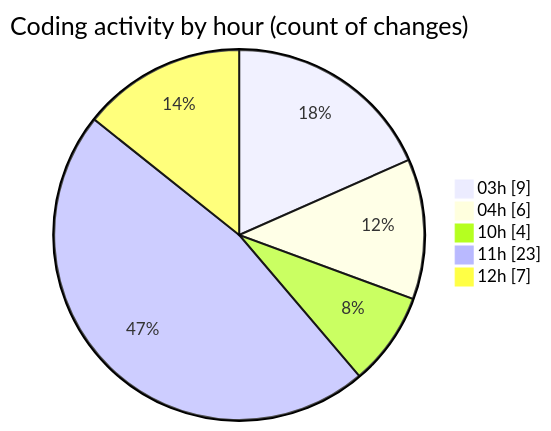
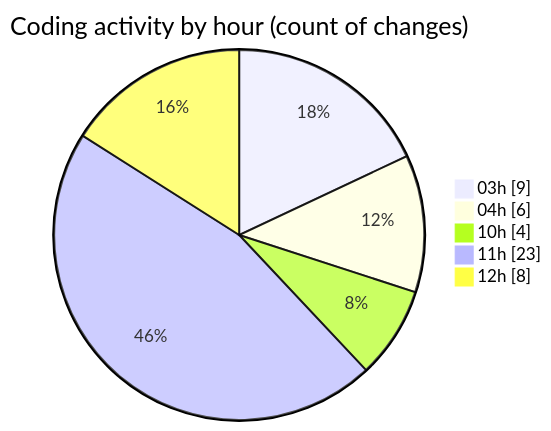
The second of 2 diagrams in 2025-10-30/eventscop-frontend-guide__workspace_/README.md (julien-gomy/code-tracking), drawn with Mermaid before and after one commit. The commit also changed other lines of this file and 1 other file, not shown here.

````diff
--- a/2025-10-30/eventscop-frontend-guide__workspace_/README.md
+++ b/2025-10-30/eventscop-frontend-guide__workspace_/README.md
@@ -40,9 +40,9 @@
 ```mermaid
 pie showData
 title Coding activity by hour (count of changes)
 "03h" : 9
 "04h" : 6
 "10h" : 4
 "11h" : 23
-"12h" : 7
+"12h" : 8
 ```
````
